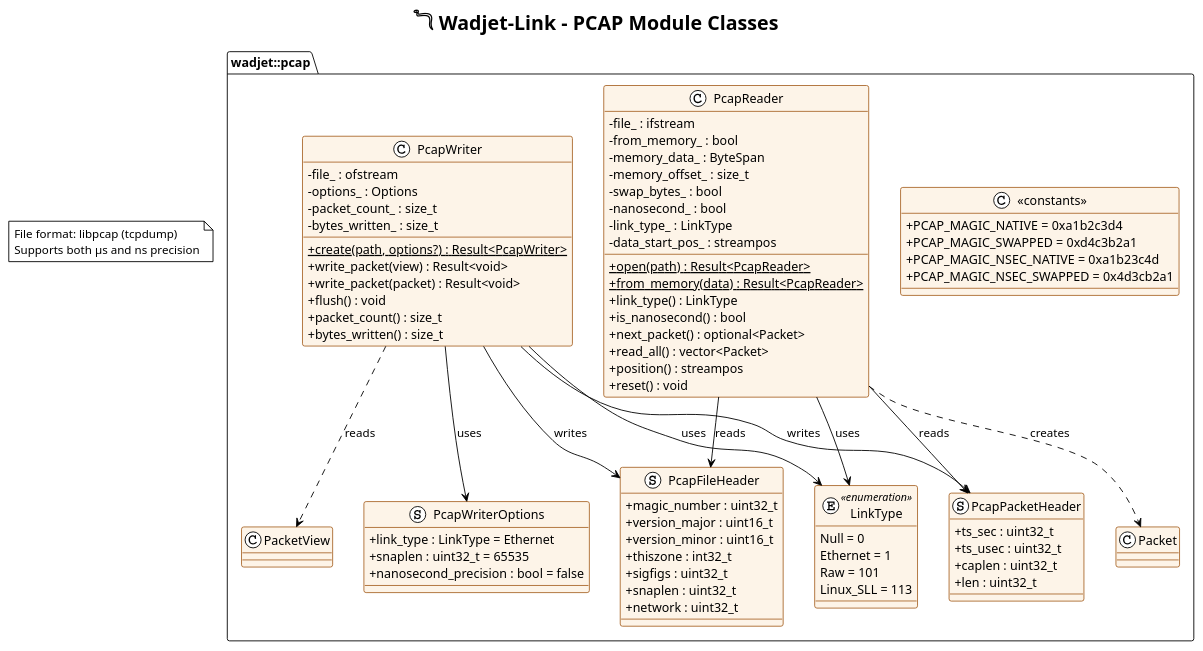
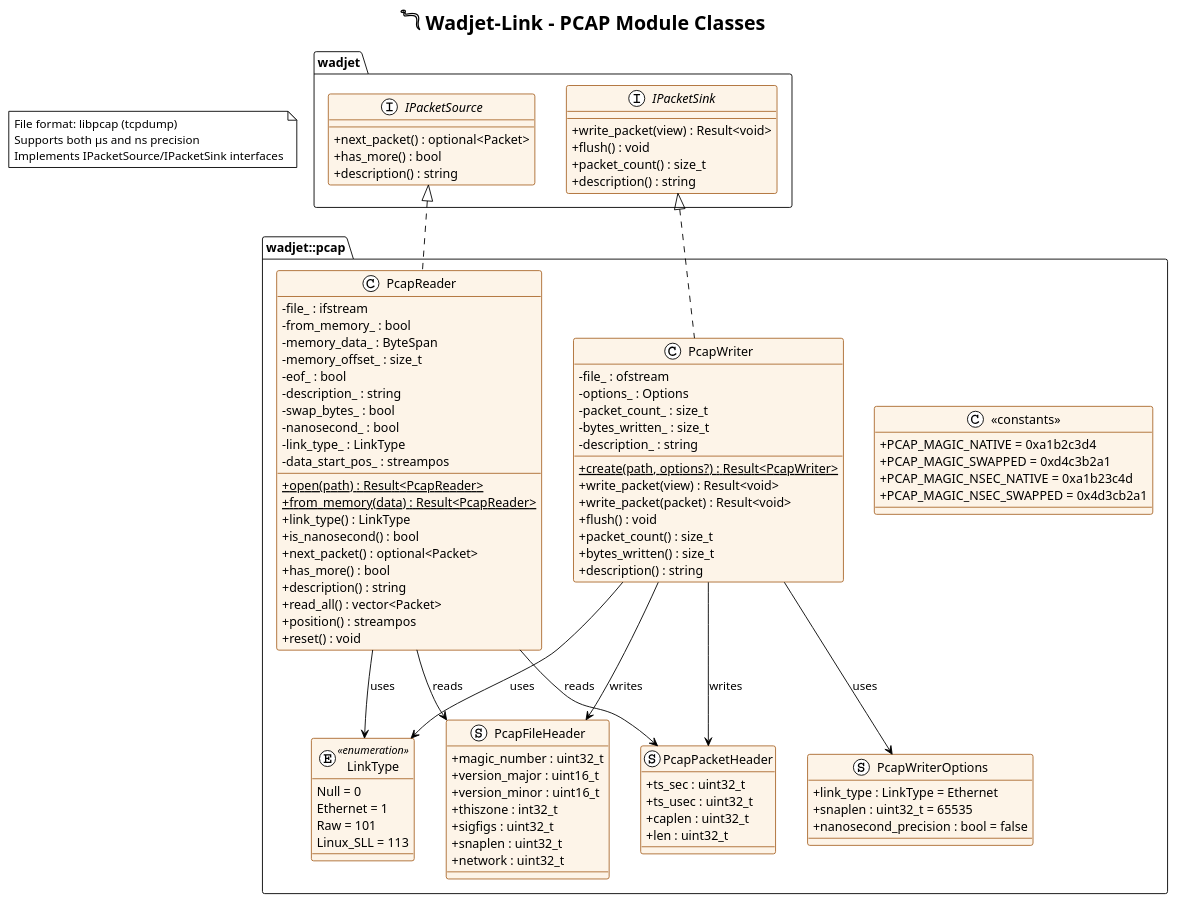
The diagram in architecture/modules/pcap_classes.puml (mm0rsy/Wadjet-Link), drawn with PlantUML before and after one commit. The commit also changed 12 other files, not shown here.

```diff
--- a/architecture/modules/pcap_classes.puml
+++ b/architecture/modules/pcap_classes.puml
@@ -1,100 +1,122 @@
 @startuml pcap_classes
 !theme plain
 title 𓆓 Wadjet-Link - PCAP Module Classes
 
 skinparam backgroundColor white
 skinparam classAttributeIconSize 0
 skinparam class {
     BackgroundColor #FDF4E8
     BorderColor #AB6A2E
+}
+
+namespace wadjet {
+    interface IPacketSource {
+        + next_packet() : optional<Packet>
+        + has_more() : bool
+        + description() : string
+    }
+
+    interface IPacketSink {
+        + write_packet(view) : Result<void>
+        + flush() : void
+        + packet_count() : size_t
+        + description() : string
+    }
 }
 
 namespace wadjet::pcap {
 
     ' Constants
     class "<<constants>>" as Constants {
         + PCAP_MAGIC_NATIVE = 0xa1b2c3d4
         + PCAP_MAGIC_SWAPPED = 0xd4c3b2a1
         + PCAP_MAGIC_NSEC_NATIVE = 0xa1b23c4d
         + PCAP_MAGIC_NSEC_SWAPPED = 0x4d3cb2a1
     }
 
     enum LinkType <<enumeration>> {
         Null = 0
         Ethernet = 1
         Raw = 101
         Linux_SLL = 113
     }
 
     struct PcapFileHeader {
         + magic_number : uint32_t
         + version_major : uint16_t
         + version_minor : uint16_t
         + thiszone : int32_t
         + sigfigs : uint32_t
         + snaplen : uint32_t
         + network : uint32_t
     }
 
     struct PcapPacketHeader {
         + ts_sec : uint32_t
         + ts_usec : uint32_t
         + caplen : uint32_t
         + len : uint32_t
     }
 
     struct PcapWriterOptions {
         + link_type : LinkType = Ethernet
         + snaplen : uint32_t = 65535
         + nanosecond_precision : bool = false
     }
 
     class PcapReader {
         - file_ : ifstream
         - from_memory_ : bool
         - memory_data_ : ByteSpan
         - memory_offset_ : size_t
+        - eof_ : bool
+        - description_ : string
         - swap_bytes_ : bool
         - nanosecond_ : bool
         - link_type_ : LinkType
         - data_start_pos_ : streampos
         --
         + {static} open(path) : Result<PcapReader>
         + {static} from_memory(data) : Result<PcapReader>
         + link_type() : LinkType
         + is_nanosecond() : bool
         + next_packet() : optional<Packet>
+        + has_more() : bool
+        + description() : string
         + read_all() : vector<Packet>
         + position() : streampos
         + reset() : void
     }
 
     class PcapWriter {
         - file_ : ofstream
         - options_ : Options
         - packet_count_ : size_t
         - bytes_written_ : size_t
+        - description_ : string
         --
         + {static} create(path, options?) : Result<PcapWriter>
         + write_packet(view) : Result<void>
         + write_packet(packet) : Result<void>
         + flush() : void
         + packet_count() : size_t
         + bytes_written() : size_t
+        + description() : string
     }
+
+    wadjet.IPacketSource <|.. PcapReader
+    wadjet.IPacketSink <|.. PcapWriter
 
     PcapReader --> PcapFileHeader : reads
     PcapReader --> PcapPacketHeader : reads
     PcapReader --> LinkType : uses
-    PcapReader ..> Packet : creates
 
     PcapWriter --> PcapWriterOptions : uses
     PcapWriter --> PcapFileHeader : writes
     PcapWriter --> PcapPacketHeader : writes
     PcapWriter --> LinkType : uses
-    PcapWriter ..> PacketView : reads
 }
 
-note "File format: libpcap (tcpdump)\nSupports both µs and ns precision" as N1
+note "File format: libpcap (tcpdump)\nSupports both µs and ns precision\nImplements IPacketSource/IPacketSink interfaces" as N1
 
 @enduml
```
